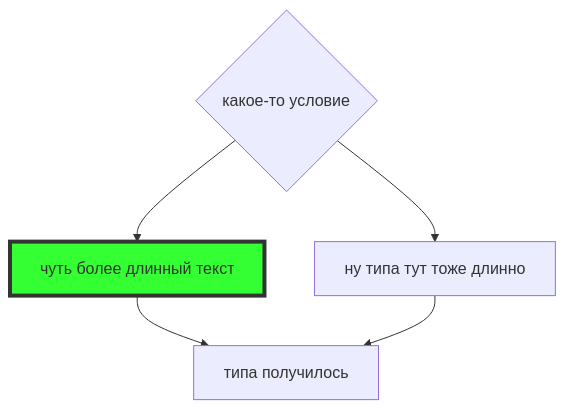
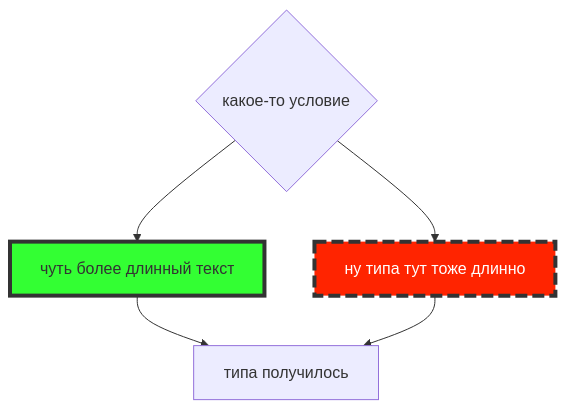
The sixth of 6 diagrams in README.md (SofiiaBobr5565/Mermaid_syntax_hints_for_md), drawn with Mermaid before and after one commit.

````diff
--- a/README.md
+++ b/README.md
@@ -63,5 +63,6 @@
 ```mermaid
 flowchart TB
 style id1 fill:#3f3,stroke:#333,stroke-width:4px
+style id2 fill:#ff2400,stroke:#333,stroke-width:4px,color:#fff,stroke-dasharray: 12 5
 node8{какое-то условие}--> id1["чуть более длинный текст"] & id2["ну типа тут тоже длинно"]--> id3["типа получилось"]
 ```
````
